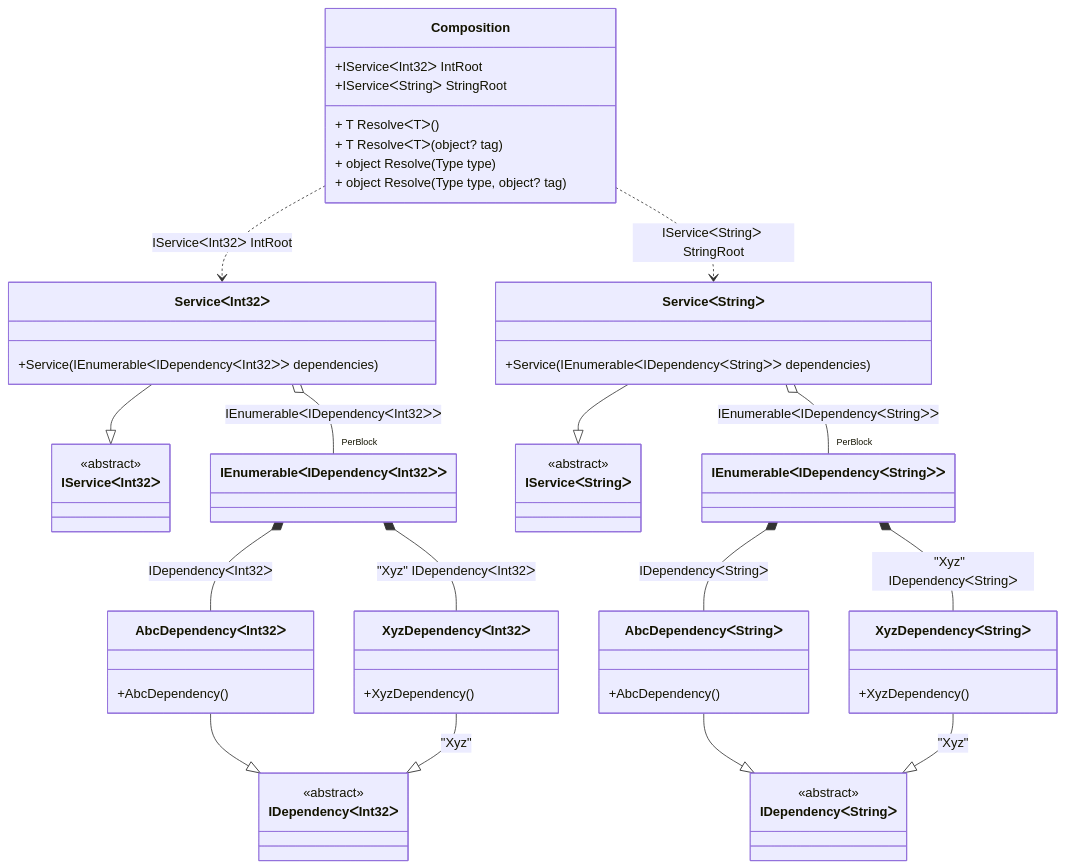
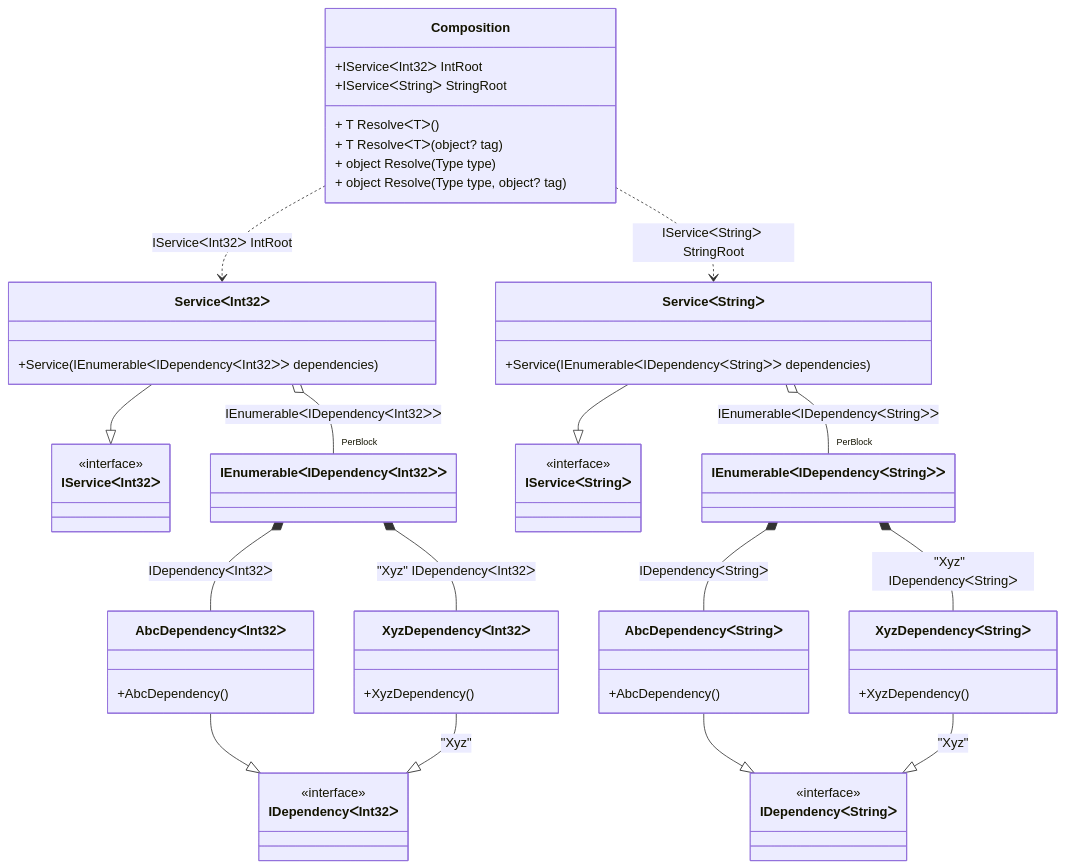
One commit to DevTeam/Pure.DI changed the diagram in readme/enumerable-generics.md. Above: the diagram before and after it, drawn with Mermaid. The commit also changed other lines of this file and 113 other files, not shown here.

````diff
--- a/readme/enumerable-generics.md
+++ b/readme/enumerable-generics.md
@@ -48,57 +48,57 @@
 ```mermaid
 classDiagram
 	class Composition {
 		+IServiceᐸInt32ᐳ IntRoot
 		+IServiceᐸStringᐳ StringRoot
 		+ T ResolveᐸTᐳ()
 		+ T ResolveᐸTᐳ(object? tag)
 		+ object Resolve(Type type)
 		+ object Resolve(Type type, object? tag)
 	}
 	ServiceᐸInt32ᐳ --|> IServiceᐸInt32ᐳ : 
 	class ServiceᐸInt32ᐳ {
 		+Service(IEnumerableᐸIDependencyᐸInt32ᐳᐳ dependencies)
 	}
 	ServiceᐸStringᐳ --|> IServiceᐸStringᐳ : 
 	class ServiceᐸStringᐳ {
 		+Service(IEnumerableᐸIDependencyᐸStringᐳᐳ dependencies)
 	}
 	class IEnumerableᐸIDependencyᐸInt32ᐳᐳ
 	class IEnumerableᐸIDependencyᐸStringᐳᐳ
 	AbcDependencyᐸInt32ᐳ --|> IDependencyᐸInt32ᐳ : 
 	class AbcDependencyᐸInt32ᐳ {
 		+AbcDependency()
 	}
 	XyzDependencyᐸInt32ᐳ --|> IDependencyᐸInt32ᐳ : "Xyz" 
 	class XyzDependencyᐸInt32ᐳ {
 		+XyzDependency()
 	}
 	AbcDependencyᐸStringᐳ --|> IDependencyᐸStringᐳ : 
 	class AbcDependencyᐸStringᐳ {
 		+AbcDependency()
 	}
 	XyzDependencyᐸStringᐳ --|> IDependencyᐸStringᐳ : "Xyz" 
 	class XyzDependencyᐸStringᐳ {
 		+XyzDependency()
 	}
 	class IServiceᐸInt32ᐳ {
-		<<abstract>>
+		<<interface>>
 	}
 	class IServiceᐸStringᐳ {
-		<<abstract>>
+		<<interface>>
 	}
 	class IDependencyᐸInt32ᐳ {
-		<<abstract>>
+		<<interface>>
 	}
 	class IDependencyᐸStringᐳ {
-		<<abstract>>
+		<<interface>>
 	}
 	Composition ..> ServiceᐸInt32ᐳ : IServiceᐸInt32ᐳ IntRoot
 	Composition ..> ServiceᐸStringᐳ : IServiceᐸStringᐳ StringRoot
 	ServiceᐸInt32ᐳ o--  "PerBlock" IEnumerableᐸIDependencyᐸInt32ᐳᐳ : IEnumerableᐸIDependencyᐸInt32ᐳᐳ
 	ServiceᐸStringᐳ o--  "PerBlock" IEnumerableᐸIDependencyᐸStringᐳᐳ : IEnumerableᐸIDependencyᐸStringᐳᐳ
 	IEnumerableᐸIDependencyᐸInt32ᐳᐳ *--  AbcDependencyᐸInt32ᐳ : IDependencyᐸInt32ᐳ
 	IEnumerableᐸIDependencyᐸInt32ᐳᐳ *--  XyzDependencyᐸInt32ᐳ : "Xyz"  IDependencyᐸInt32ᐳ
 	IEnumerableᐸIDependencyᐸStringᐳᐳ *--  AbcDependencyᐸStringᐳ : IDependencyᐸStringᐳ
 	IEnumerableᐸIDependencyᐸStringᐳᐳ *--  XyzDependencyᐸStringᐳ : "Xyz"  IDependencyᐸStringᐳ
 ```
````
